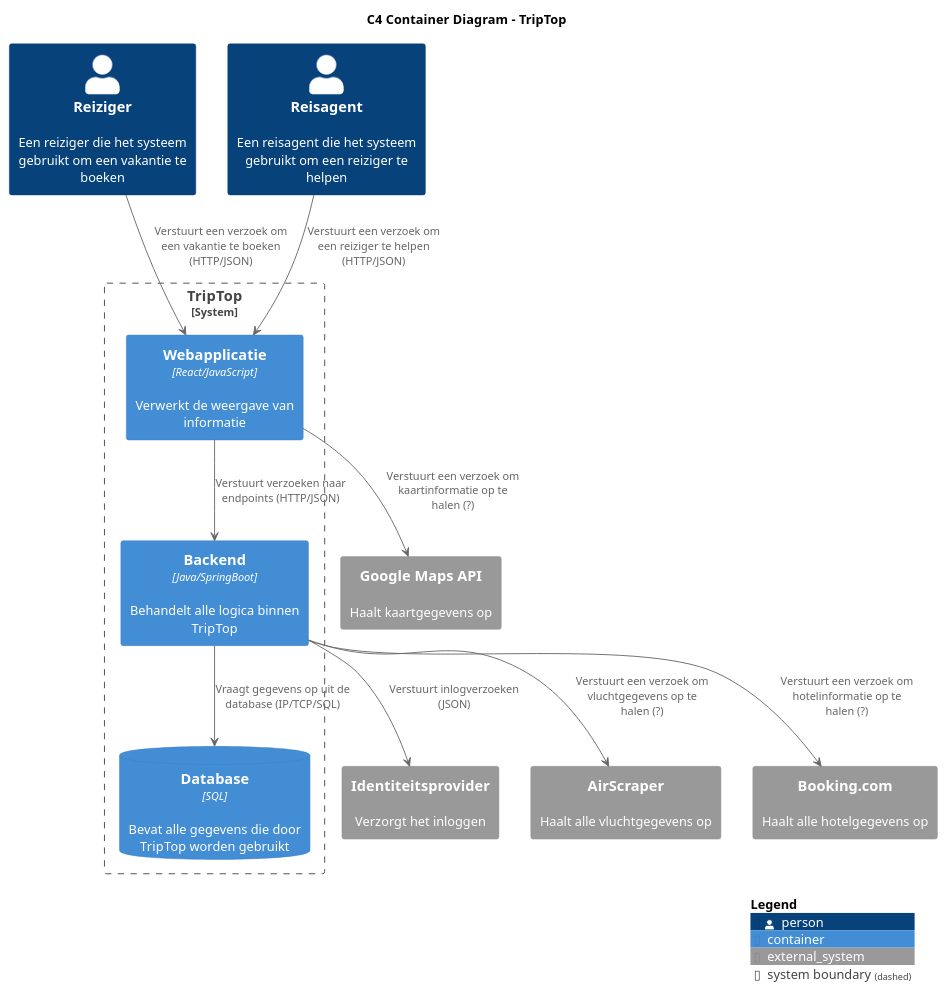
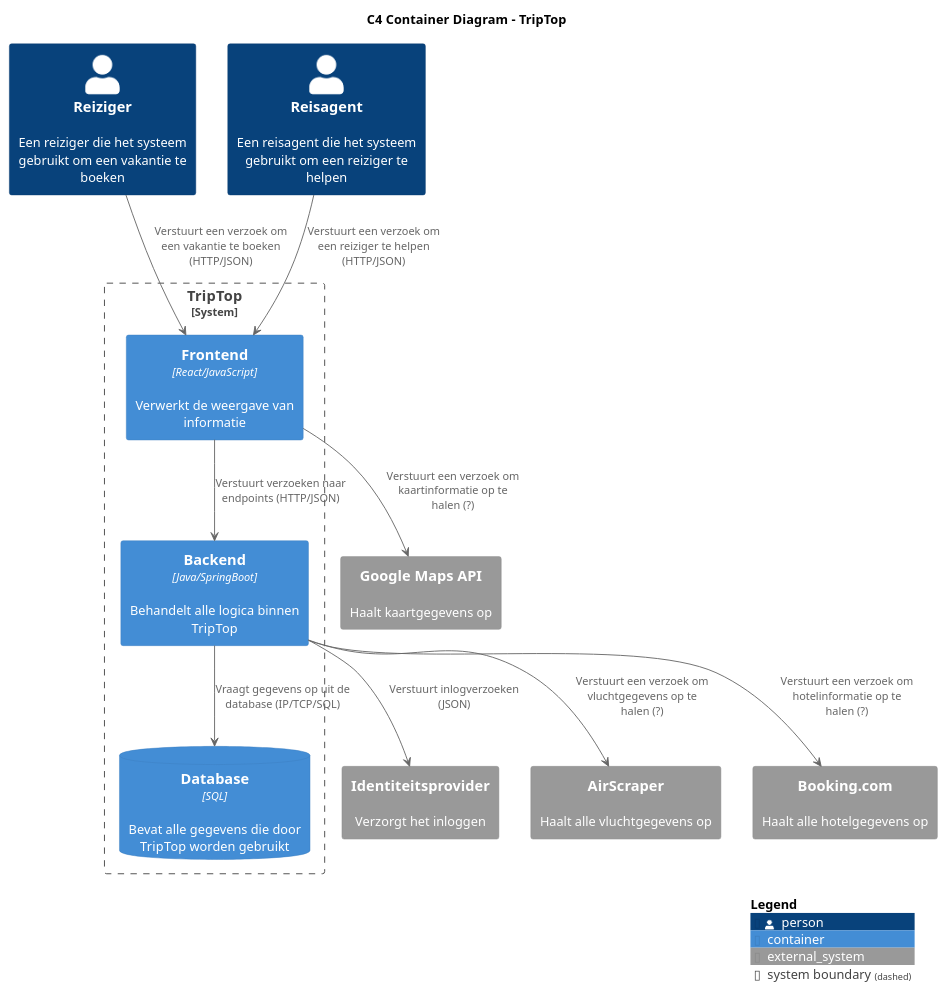
One commit to AIM-ENE-feb25/triptop-groep-b4 changed the diagram in C4_diagrammen/Container-diagram-TripTop.puml. Above: the diagram before and after it, drawn with PlantUML. The commit also changed 1 other file, not shown here.

```diff
--- a/C4_diagrammen/Container-diagram-TripTop.puml
+++ b/C4_diagrammen/Container-diagram-TripTop.puml
@@ -1,31 +1,31 @@
 @startuml
 
 !include https://raw.githubusercontent.com/plantuml-stdlib/C4-PlantUML/master/C4_Container.puml
 
 title C4 Container Diagram - TripTop
 
 Person(Reiziger, "Reiziger", "Een reiziger die het systeem gebruikt om een vakantie te boeken")
 Person(Reisagent, "Reisagent", "Een reisagent die het systeem gebruikt om een reiziger te helpen")
 
 System_Boundary(TripTop, "TripTop") {
-    Container(Web_app, "Webapplicatie", "React/JavaScript", "Verwerkt de weergave van informatie")
+    Container(Frontend, "Frontend", "React/JavaScript", "Verwerkt de weergave van informatie")
     Container(Backend, "Backend", "Java/SpringBoot", "Behandelt alle logica binnen TripTop")
     ContainerDb(Database, "Database", "SQL", "Bevat alle gegevens die door TripTop worden gebruikt")
 }
 
 System_Ext(Identiteitsprovider, "Identiteitsprovider", "Verzorgt het inloggen")
 System_Ext(AirScraper, "AirScraper", "Haalt alle vluchtgegevens op")
 System_Ext(BookingCom, "Booking.com", "Haalt alle hotelgegevens op")
 System_Ext(GoogleMapsAPI, "Google Maps API", "Haalt kaartgegevens op")
 
 Backend --> Database : "Vraagt gegevens op uit de database (IP/TCP/SQL)"
-Reiziger --> Web_app: "Verstuurt een verzoek om een vakantie te boeken (HTTP/JSON)"
-Reisagent --> Web_app: "Verstuurt een verzoek om een reiziger te helpen (HTTP/JSON)"
-Web_app --> Backend: "Verstuurt verzoeken naar endpoints (HTTP/JSON)"
-Web_app --> GoogleMapsAPI: "Verstuurt een verzoek om kaartinformatie op te halen (?)"
+Reiziger --> Frontend: "Verstuurt een verzoek om een vakantie te boeken (HTTP/JSON)"
+Reisagent --> Frontend: "Verstuurt een verzoek om een reiziger te helpen (HTTP/JSON)"
+Frontend --> Backend: "Verstuurt verzoeken naar endpoints (HTTP/JSON)"
+Frontend --> GoogleMapsAPI: "Verstuurt een verzoek om kaartinformatie op te halen (?)"
 Backend --> Identiteitsprovider: "Verstuurt inlogverzoeken (JSON)"
 Backend --> AirScraper: "Verstuurt een verzoek om vluchtgegevens op te halen (?)"
 Backend --> BookingCom: "Verstuurt een verzoek om hotelinformatie op te halen (?)"
 
 SHOW_LEGEND(true)
 @enduml
```
